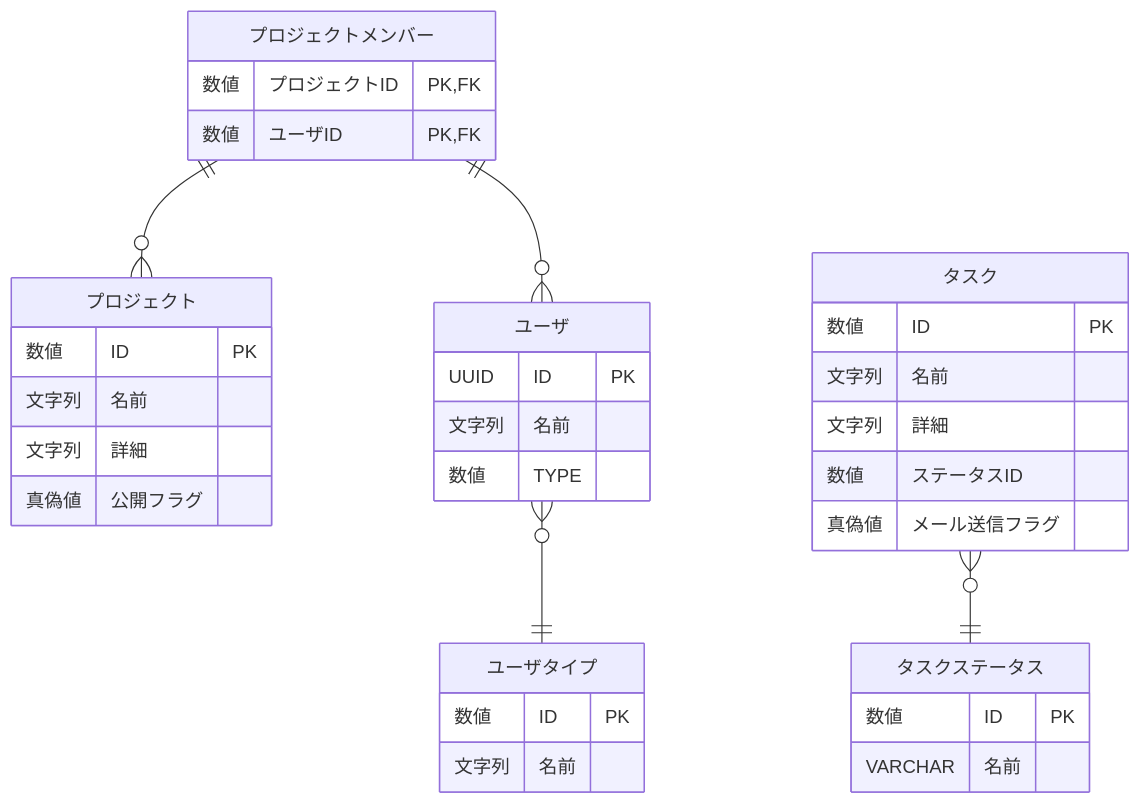
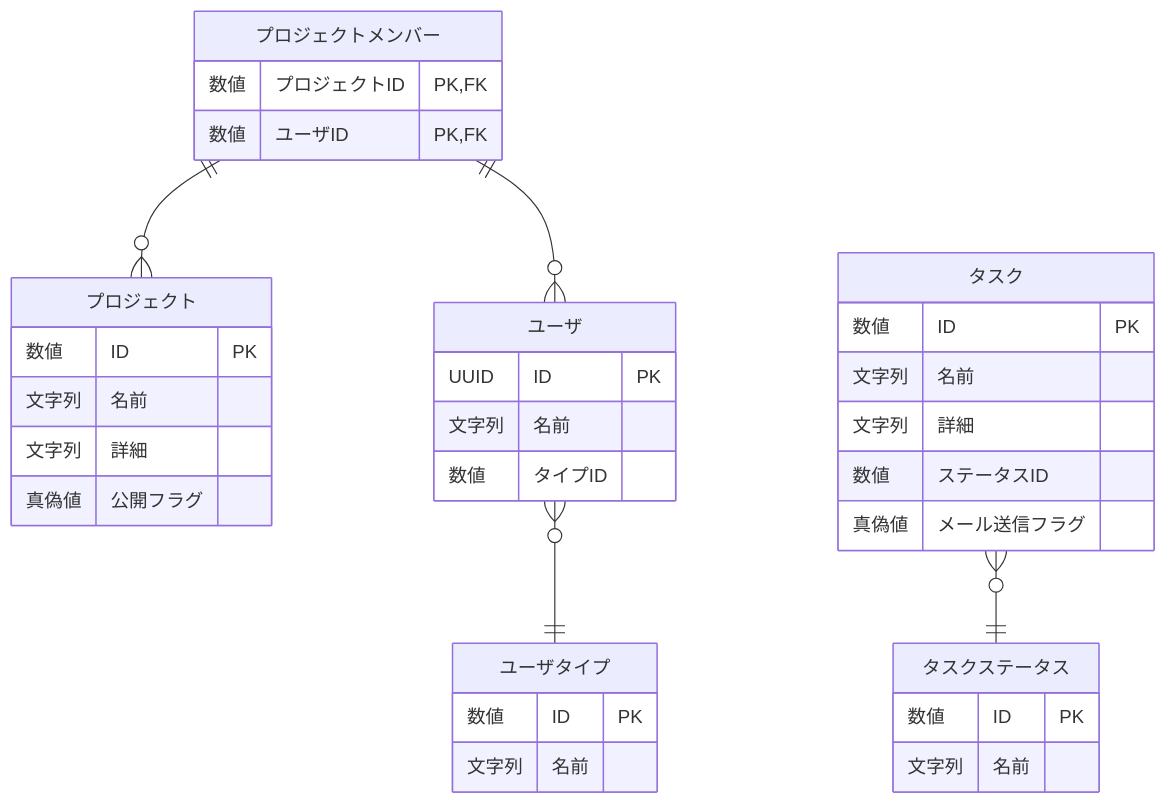
The second of 4 diagrams in README.md (shuhei1101/sample-react-app), drawn with Mermaid before and after one commit. The commit also changed other lines of this file and 3 other files, not shown here.

````diff
--- a/README.md
+++ b/README.md
@@ -100,49 +111,49 @@
 ```mermaid
 erDiagram
 Direction BT
   ユーザ {
     UUID ID PK
     文字列 名前
-    数値 TYPE
+    数値 タイプID
   }
 
   ユーザタイプ ||--o{ ユーザ: ""
 
   ユーザタイプ {
     数値 ID PK
     文字列 名前
   }
 
   プロジェクト {
     数値 ID PK
     文字列 名前
     文字列 詳細
     真偽値 公開フラグ
   }
 
   プロジェクト }o--|| プロジェクトメンバー: ""
 
   プロジェクトメンバー {
     数値 プロジェクトID PK, FK
     数値 ユーザID PK, FK
   }
 
   ユーザ }o--|| プロジェクトメンバー: ""
 
   タスク {
     数値 ID PK
     文字列 名前
     文字列 詳細
     数値 ステータスID
     真偽値 メール送信フラグ
   }
 
   タスクステータス ||--o{ タスク: ""
 
   タスクステータス {
     数値 ID PK
-    VARCHAR 名前
+    文字列 名前
   }
   
 
 ```
````
